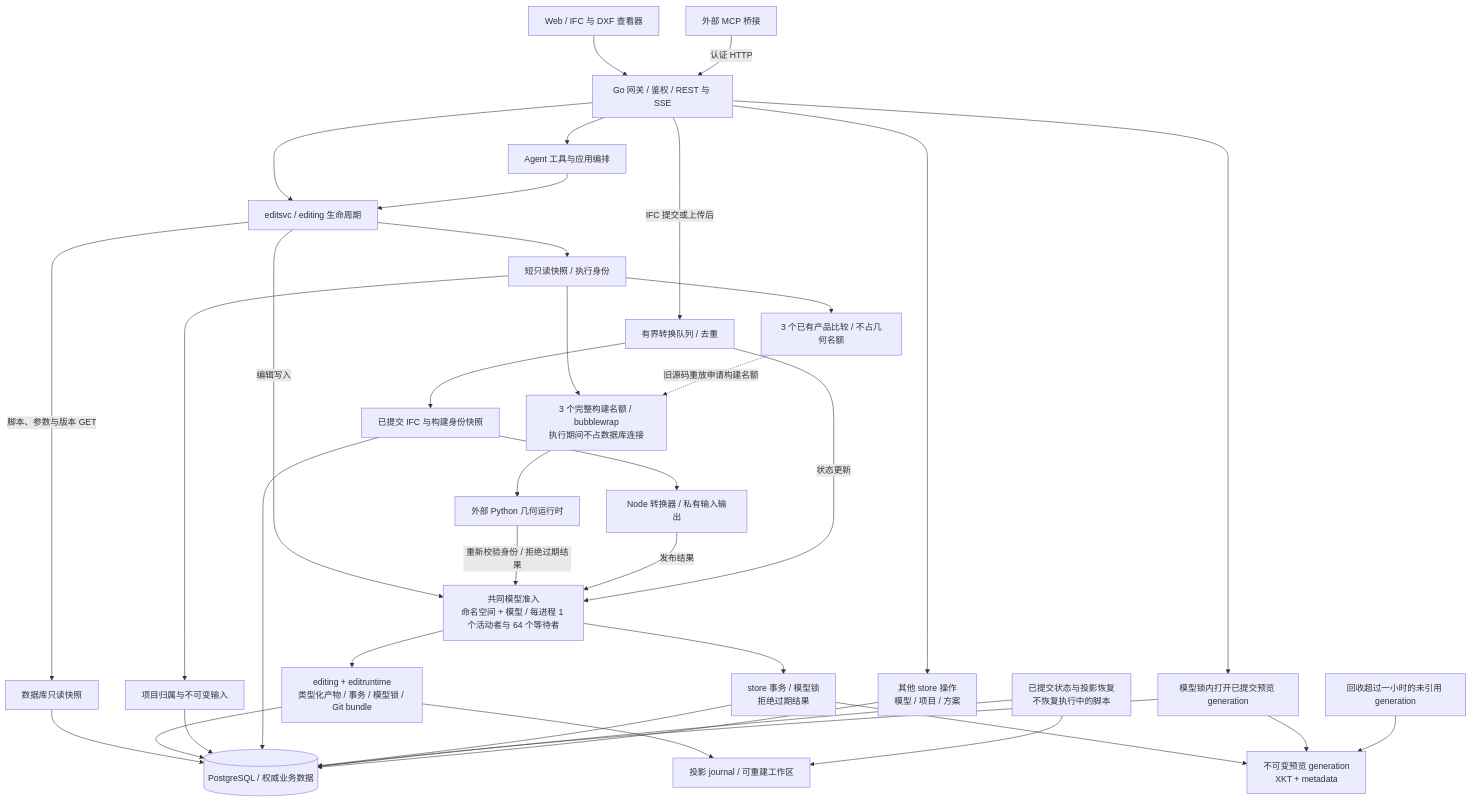
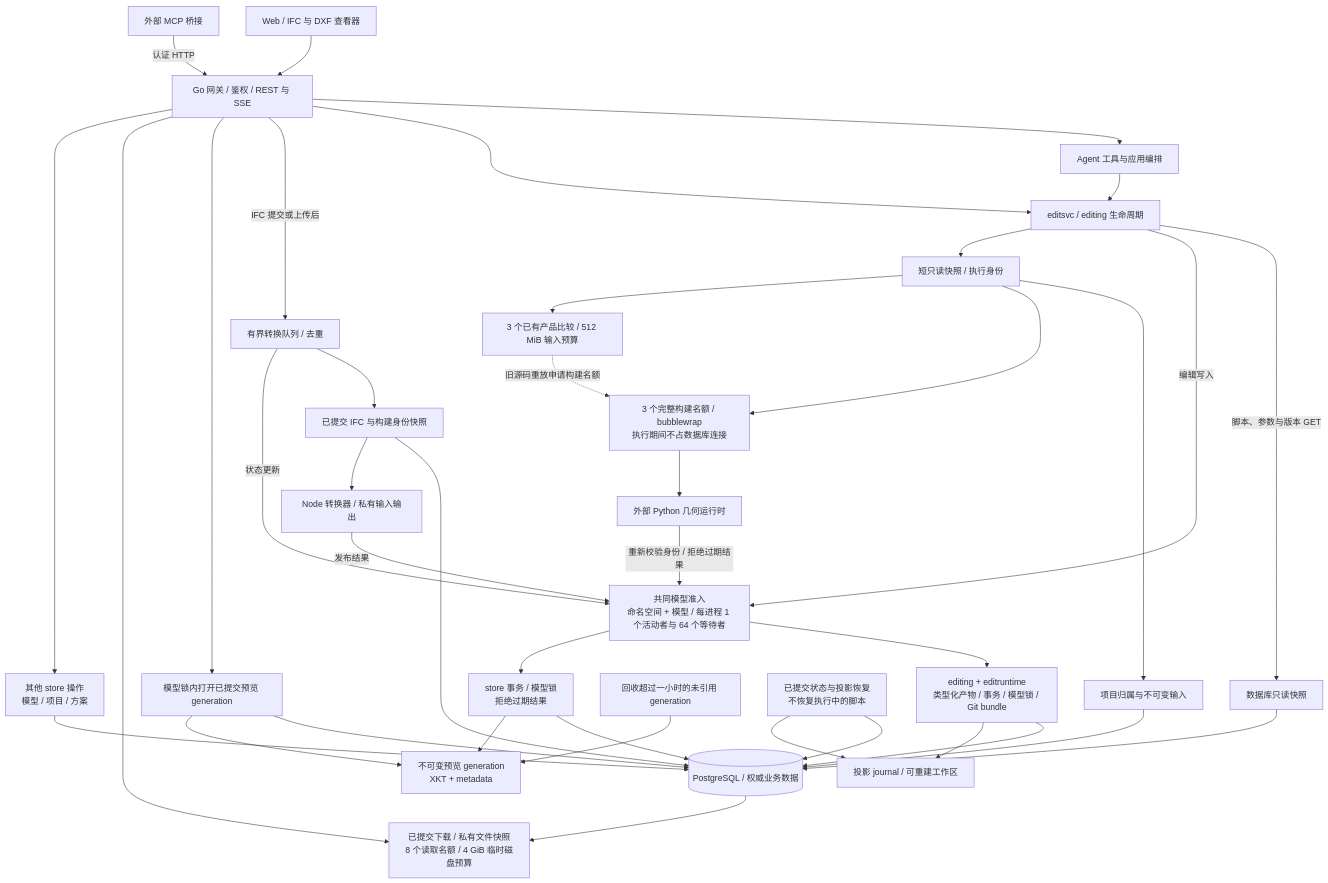
The first of 2 diagrams in README.zh-CN.md (0702hjj/SourceAEC), drawn with Mermaid before and after one commit. The commit also changed 18 other files, not shown here.

````diff
--- a/README.zh-CN.md
+++ b/README.zh-CN.md
@@ -16,39 +16,41 @@
 ```mermaid
 flowchart TB
     WEB[Web / IFC 与 DXF 查看器] --> API[Go 网关 / 鉴权 / REST 与 SSE]
     MCP[外部 MCP 桥接] -->|认证 HTTP| API
     API --> AGENT[Agent 工具与应用编排]
     API --> EDIT[editsvc / editing 生命周期]
     AGENT --> EDIT
     EDIT -->|脚本、参数与版本 GET| READ[数据库只读快照]
     READ --> PG[(PostgreSQL / 权威业务数据)]
     EDIT -->|编辑写入| GATE[共同模型准入<br/>命名空间 + 模型 / 每进程 1 个活动者与 64 个等待者]
     GATE --> WRITE[editing + editruntime<br/>类型化产物 / 事务 / 模型锁 / Git bundle]
     WRITE --> PG
     EDIT --> PREP[短只读快照 / 执行身份]
     PREP --> INPUT[项目归属与不可变输入]
     INPUT --> PG
     PREP --> SANDBOX[3 个完整构建名额 / bubblewrap<br/>执行期间不占数据库连接]
-    PREP --> COMPARE[3 个已有产品比较 / 不占几何名额]
+    PREP --> COMPARE[3 个已有产品比较 / 512 MiB 输入预算]
     COMPARE -.->|旧源码重放申请构建名额| SANDBOX
     SANDBOX --> PY[外部 Python 几何运行时]
     PY -->|重新校验身份 / 拒绝过期结果| GATE
     WRITE --> JOURNAL[投影 journal / 可重建工作区]
     API -->|IFC 提交或上传后| QUEUE[有界转换队列 / 去重]
     QUEUE --> SOURCE[已提交 IFC 与构建身份快照]
     SOURCE --> PG
     SOURCE --> NODE[Node 转换器 / 私有输入输出]
     NODE -->|发布结果| GATE
     QUEUE -->|状态更新| GATE
     GATE --> DERIVED[store 事务 / 模型锁<br/>拒绝过期结果]
     DERIVED --> PG
     DERIVED --> CACHE[不可变预览 generation<br/>XKT + metadata]
     API --> VIEW[模型锁内打开已提交预览 generation]
     VIEW --> PG
     VIEW --> CACHE
+    API --> DOWNLOAD[已提交下载 / 私有文件快照<br/>8 个读取名额 / 4 GiB 临时磁盘预算]
+    PG --> DOWNLOAD
     GC[回收超过一小时的未引用 generation] --> CACHE
     RECOVER[已提交状态与投影恢复<br/>不恢复执行中的脚本] --> PG
     RECOVER --> JOURNAL
     API --> OTHER[其他 store 操作<br/>模型 / 项目 / 方案]
     OTHER --> PG
 ```
````
